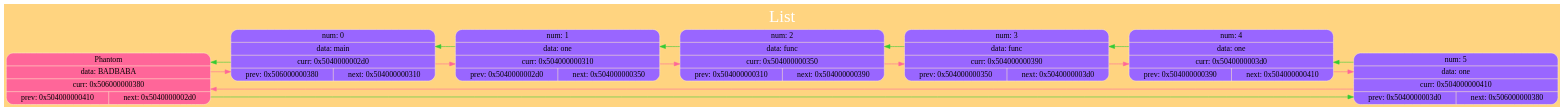
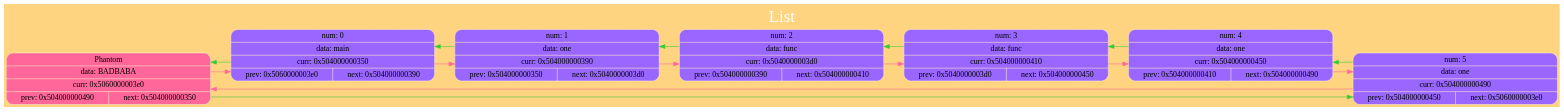
One commit to kand1bober/OOSD-Language changed the diagram in StringList/dump/ListGraph.dot. Above: the diagram before and after it, drawn with Graphviz. The commit also changed 7 other files, not shown here.

```diff
--- a/StringList/dump/ListGraph.dot
+++ b/StringList/dump/ListGraph.dot
@@ -1,34 +1,34 @@
 digraph G
 {
 label="List";
  labelloc="t";
  fontsize=30
  fontname="Verdana";
  fontcolor="#FFFFFF"
 
 rankdir=LR; splines=ortho; size="200,300"; bgcolor="#ffd480";
-{ node_0x506000000380 [shape = record; style="rounded, filled", fillcolor="#ff6699", color="#FFE9C7", label=" { Phantom } | { data: BADBABA } | { curr: 0x506000000380 } | { { prev: 0x504000000410 } | { next: 0x5040000002d0 } }  "] 
+{ node_0x5060000003e0 [shape = record; style="rounded, filled", fillcolor="#ff6699", color="#FFE9C7", label=" { Phantom } | { data: BADBABA } | { curr: 0x5060000003e0 } | { { prev: 0x504000000490 } | { next: 0x504000000350 } }  "] 
 }
-node_0x5040000002d0 [shape = record; style="rounded, filled", fillcolor="#9966FF", color="#FFE9C7", label=" { num: 0 } | { data: main } | { curr: 0x5040000002d0 } | { { prev: 0x506000000380 } | { next: 0x504000000310 } }  "] 
-node_0x504000000310 [shape = record; style="rounded, filled", fillcolor="#9966FF", color="#FFE9C7", label=" { num: 1 } | { data: one } | { curr: 0x504000000310 } | { { prev: 0x5040000002d0 } | { next: 0x504000000350 } }  "] 
-node_0x504000000350 [shape = record; style="rounded, filled", fillcolor="#9966FF", color="#FFE9C7", label=" { num: 2 } | { data: func } | { curr: 0x504000000350 } | { { prev: 0x504000000310 } | { next: 0x504000000390 } }  "] 
-node_0x504000000390 [shape = record; style="rounded, filled", fillcolor="#9966FF", color="#FFE9C7", label=" { num: 3 } | { data: func } | { curr: 0x504000000390 } | { { prev: 0x504000000350 } | { next: 0x5040000003d0 } }  "] 
-node_0x5040000003d0 [shape = record; style="rounded, filled", fillcolor="#9966FF", color="#FFE9C7", label=" { num: 4 } | { data: one } | { curr: 0x5040000003d0 } | { { prev: 0x504000000390 } | { next: 0x504000000410 } }  "] 
-node_0x504000000410 [shape = record; style="rounded, filled", fillcolor="#9966FF", color="#FFE9C7", label=" { num: 5 } | { data: one } | { curr: 0x504000000410 } | { { prev: 0x5040000003d0 } | { next: 0x506000000380 } }  "] 
+node_0x504000000350 [shape = record; style="rounded, filled", fillcolor="#9966FF", color="#FFE9C7", label=" { num: 0 } | { data: main } | { curr: 0x504000000350 } | { { prev: 0x5060000003e0 } | { next: 0x504000000390 } }  "] 
+node_0x504000000390 [shape = record; style="rounded, filled", fillcolor="#9966FF", color="#FFE9C7", label=" { num: 1 } | { data: one } | { curr: 0x504000000390 } | { { prev: 0x504000000350 } | { next: 0x5040000003d0 } }  "] 
+node_0x5040000003d0 [shape = record; style="rounded, filled", fillcolor="#9966FF", color="#FFE9C7", label=" { num: 2 } | { data: func } | { curr: 0x5040000003d0 } | { { prev: 0x504000000390 } | { next: 0x504000000410 } }  "] 
+node_0x504000000410 [shape = record; style="rounded, filled", fillcolor="#9966FF", color="#FFE9C7", label=" { num: 3 } | { data: func } | { curr: 0x504000000410 } | { { prev: 0x5040000003d0 } | { next: 0x504000000450 } }  "] 
+node_0x504000000450 [shape = record; style="rounded, filled", fillcolor="#9966FF", color="#FFE9C7", label=" { num: 4 } | { data: one } | { curr: 0x504000000450 } | { { prev: 0x504000000410 } | { next: 0x504000000490 } }  "] 
+node_0x504000000490 [shape = record; style="rounded, filled", fillcolor="#9966FF", color="#FFE9C7", label=" { num: 5 } | { data: one } | { curr: 0x504000000490 } | { { prev: 0x504000000450 } | { next: 0x5060000003e0 } }  "] 
 
-node_0x506000000380 -> node_0x5040000002d0 [color ="#ff6699"];
-node_0x506000000380 -> node_0x504000000410 [color ="#34cb34"];
-node_0x5040000002d0 -> node_0x504000000310 [color ="#ff6699"];
-node_0x5040000002d0 -> node_0x506000000380 [color ="#34cb34"];
-node_0x504000000310 -> node_0x504000000350 [color ="#ff6699"];
-node_0x504000000310 -> node_0x5040000002d0 [color ="#34cb34"];
+node_0x5060000003e0 -> node_0x504000000350 [color ="#ff6699"];
+node_0x5060000003e0 -> node_0x504000000490 [color ="#34cb34"];
 node_0x504000000350 -> node_0x504000000390 [color ="#ff6699"];
-node_0x504000000350 -> node_0x504000000310 [color ="#34cb34"];
+node_0x504000000350 -> node_0x5060000003e0 [color ="#34cb34"];
 node_0x504000000390 -> node_0x5040000003d0 [color ="#ff6699"];
 node_0x504000000390 -> node_0x504000000350 [color ="#34cb34"];
 node_0x5040000003d0 -> node_0x504000000410 [color ="#ff6699"];
 node_0x5040000003d0 -> node_0x504000000390 [color ="#34cb34"];
-node_0x504000000410 -> node_0x506000000380 [color ="#ff6699"];
+node_0x504000000410 -> node_0x504000000450 [color ="#ff6699"];
 node_0x504000000410 -> node_0x5040000003d0 [color ="#34cb34"];
+node_0x504000000450 -> node_0x504000000490 [color ="#ff6699"];
+node_0x504000000450 -> node_0x504000000410 [color ="#34cb34"];
+node_0x504000000490 -> node_0x5060000003e0 [color ="#ff6699"];
+node_0x504000000490 -> node_0x504000000450 [color ="#34cb34"];
 
 }
```
